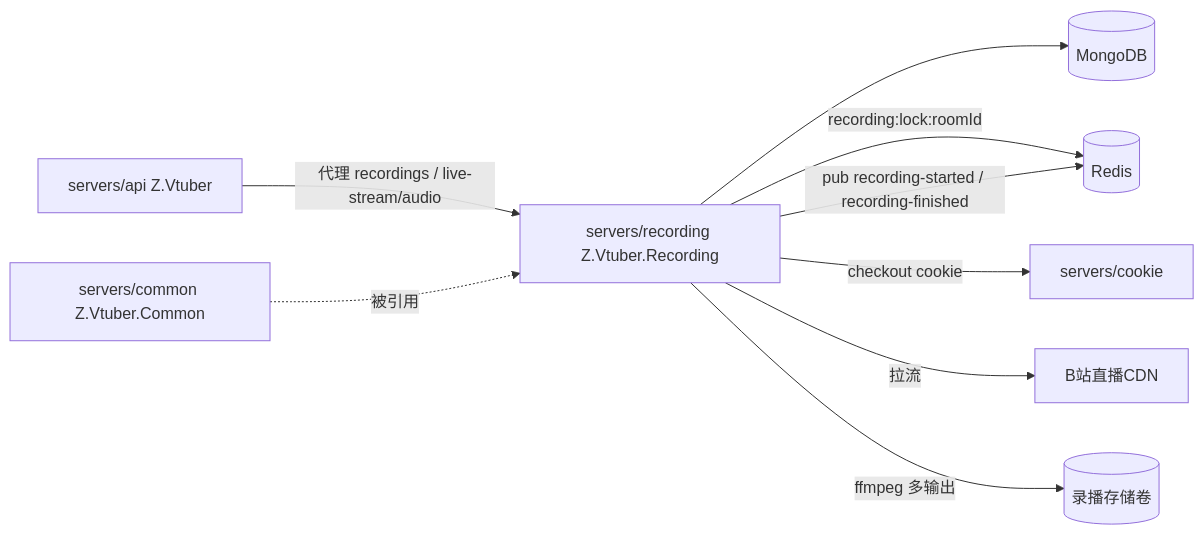
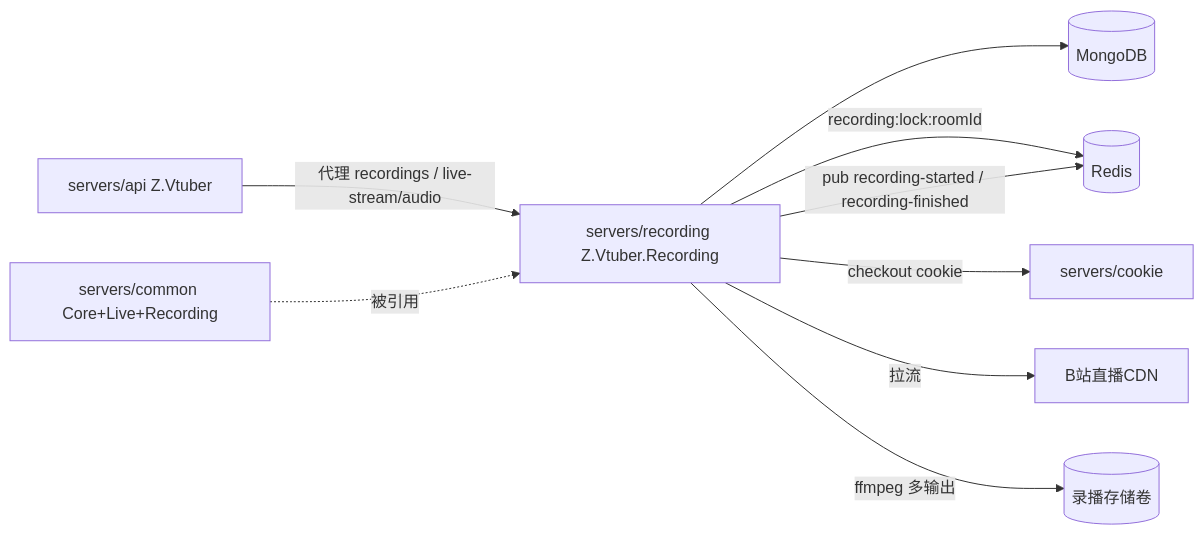
Before and after one commit to Deliay/z-vtuber: the diagram in servers/recording/AGENTS.md, drawn with Mermaid. The commit also changed 9 other files, not shown here.

````diff
--- a/servers/recording/AGENTS.md
+++ b/servers/recording/AGENTS.md
@@ -14,11 +14,11 @@
 ```mermaid
 graph LR
     API[servers/api Z.Vtuber] -->|代理 recordings / live-stream/audio| REC[servers/recording Z.Vtuber.Recording]
     REC --> M[(MongoDB)]
     REC -->|recording:lock:roomId| R[(Redis)]
     REC -->|"pub recording-started / recording-finished"| R
     REC -->|checkout cookie| COOKIE[servers/cookie]
     REC -->|拉流| BILI[B站直播CDN]
     REC -->|ffmpeg 多输出| FS[(录播存储卷)]
-    Common[servers/common Z.Vtuber.Common] -.被引用.-> REC
+    Common[servers/common Core+Live+Recording] -.被引用.-> REC
 ```
````
